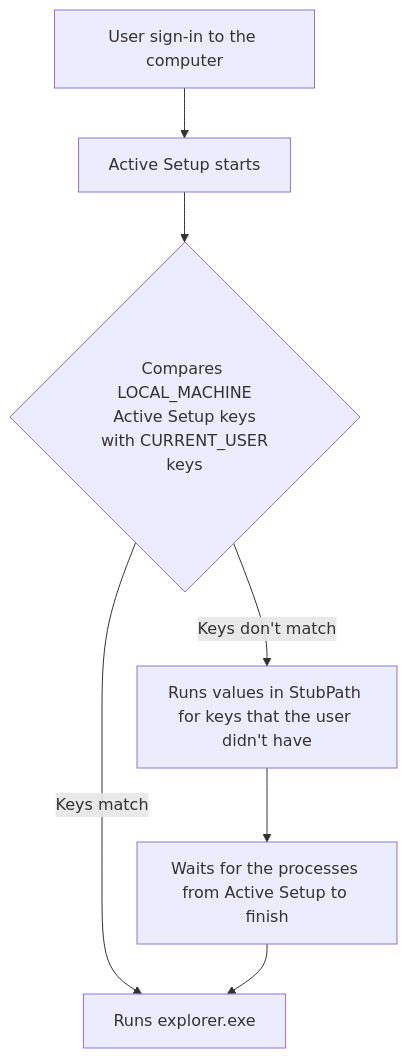
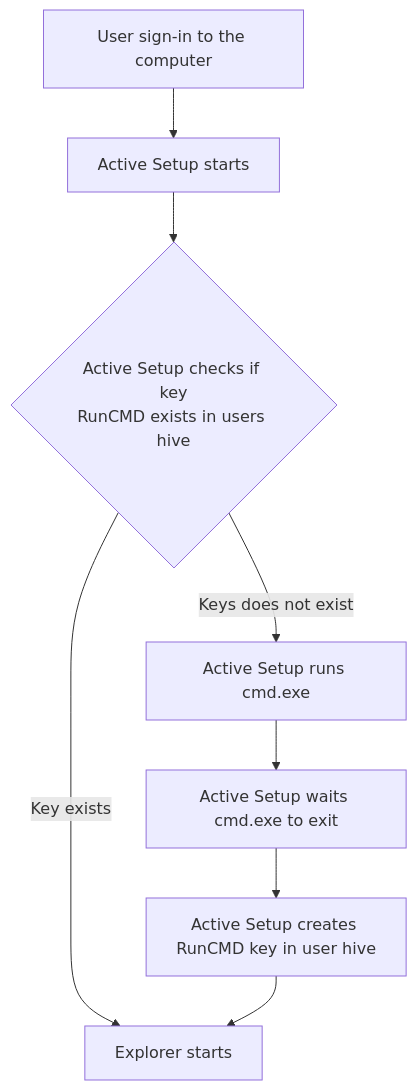
Before and after one commit to letsdoautomation/windows-registry: the first of 2 diagrams in Active Setup/readme.md, drawn with Mermaid. The commit also changed other lines of this file, not shown here.

````diff
--- a/Active Setup/readme.md
+++ b/Active Setup/readme.md
@@ -13,8 +20,10 @@
 ```mermaid
 flowchart TD
-    a["User sign-in to the computer"] --> b["Active Setup starts"] 
-    b --> c{"Compares LOCAL_MACHINE<br />Active Setup keys<br /> with CURRENT_USER keys"}
-    c --> |Keys match| d["Runs explorer.exe"]
-    c --> |Keys don't match| e["Runs values in StubPath for keys that the user didn't have"]
-    e --> g["Waits for the processes from Active Setup to finish"] --> d
+    a["User sign-in to the computer"] --> b["Active Setup starts"]
+    b --> c{"Active Setup checks if key<br />RunCMD exists in users hive"}
+    c --> |Key exists| d
+    c --> |Keys does not exist| e["Active Setup runs cmd.exe"]
+    e --> g["Active Setup waits cmd.exe to exit"]
+    g --> z["Active Setup creates RunCMD key in user hive"]
+    z --> d["Explorer starts"]
 ```
````
